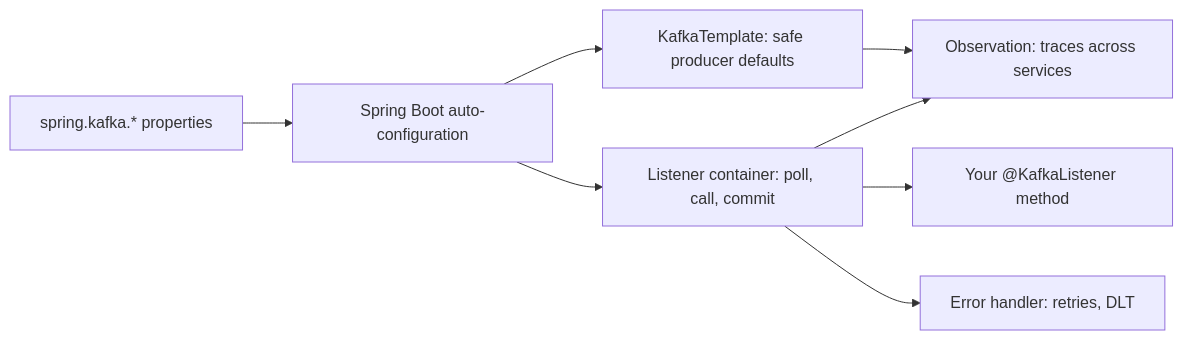
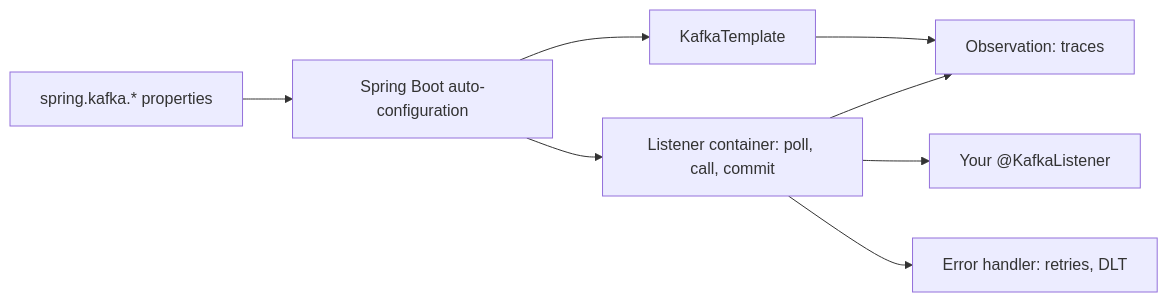
One commit to jubin-techwiz/learning changed the second of 2 diagrams in notes/02-messaging/02-kafka/12-kafka-with-spring-boot.md. Above: the diagram before and after it, drawn with Mermaid. The commit also changed other lines of this file and 37 other files, not shown here.

````diff
--- a/notes/02-messaging/02-kafka/12-kafka-with-spring-boot.md
+++ b/notes/02-messaging/02-kafka/12-kafka-with-spring-boot.md
@@ -45,9 +70,10 @@
 ```mermaid
 flowchart LR
     P[spring.kafka.* properties] --> AC[Spring Boot auto-configuration]
-    AC --> KT[KafkaTemplate: safe producer defaults]
+    AC --> KT[KafkaTemplate]
     AC --> LC[Listener container: poll, call, commit]
-    LC --> L[Your @KafkaListener method]
+    LC --> L[Your @KafkaListener]
     LC --> EH[Error handler: retries, DLT]
-    KT & LC --> OB[Observation: traces across services]
+    KT --> OB[Observation: traces]
+    LC --> OB
 ```
````
